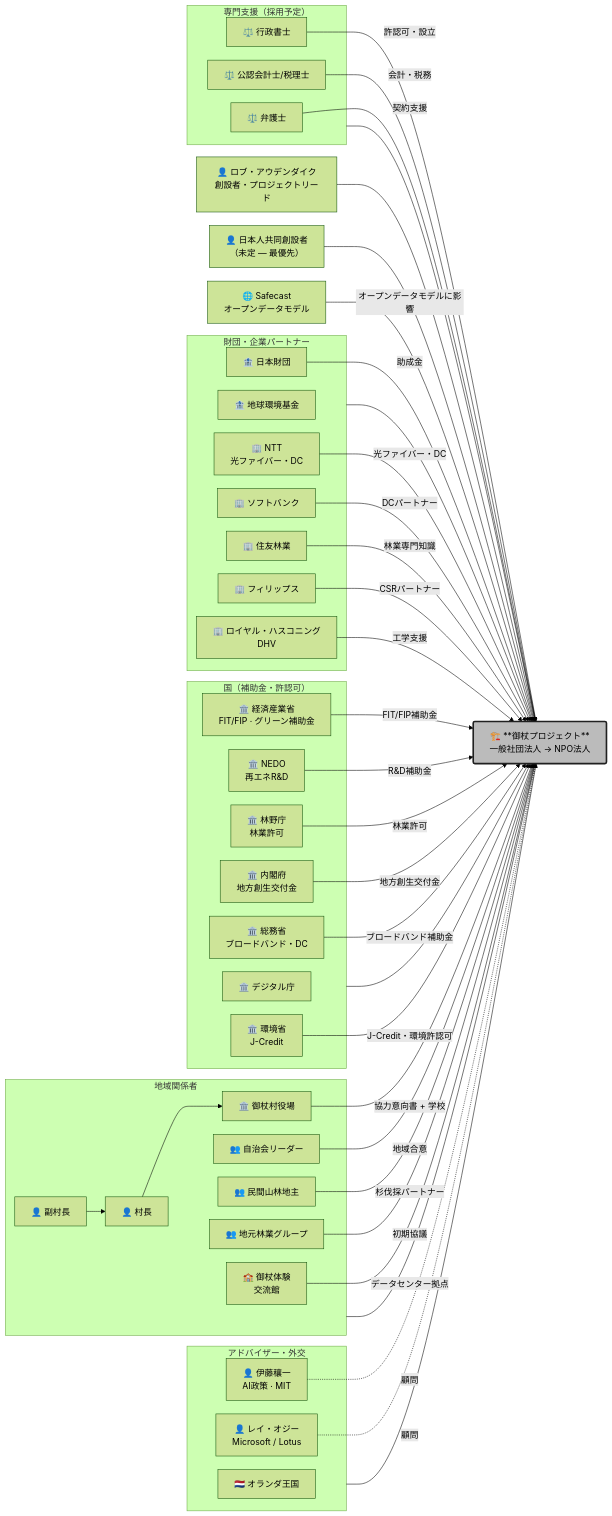
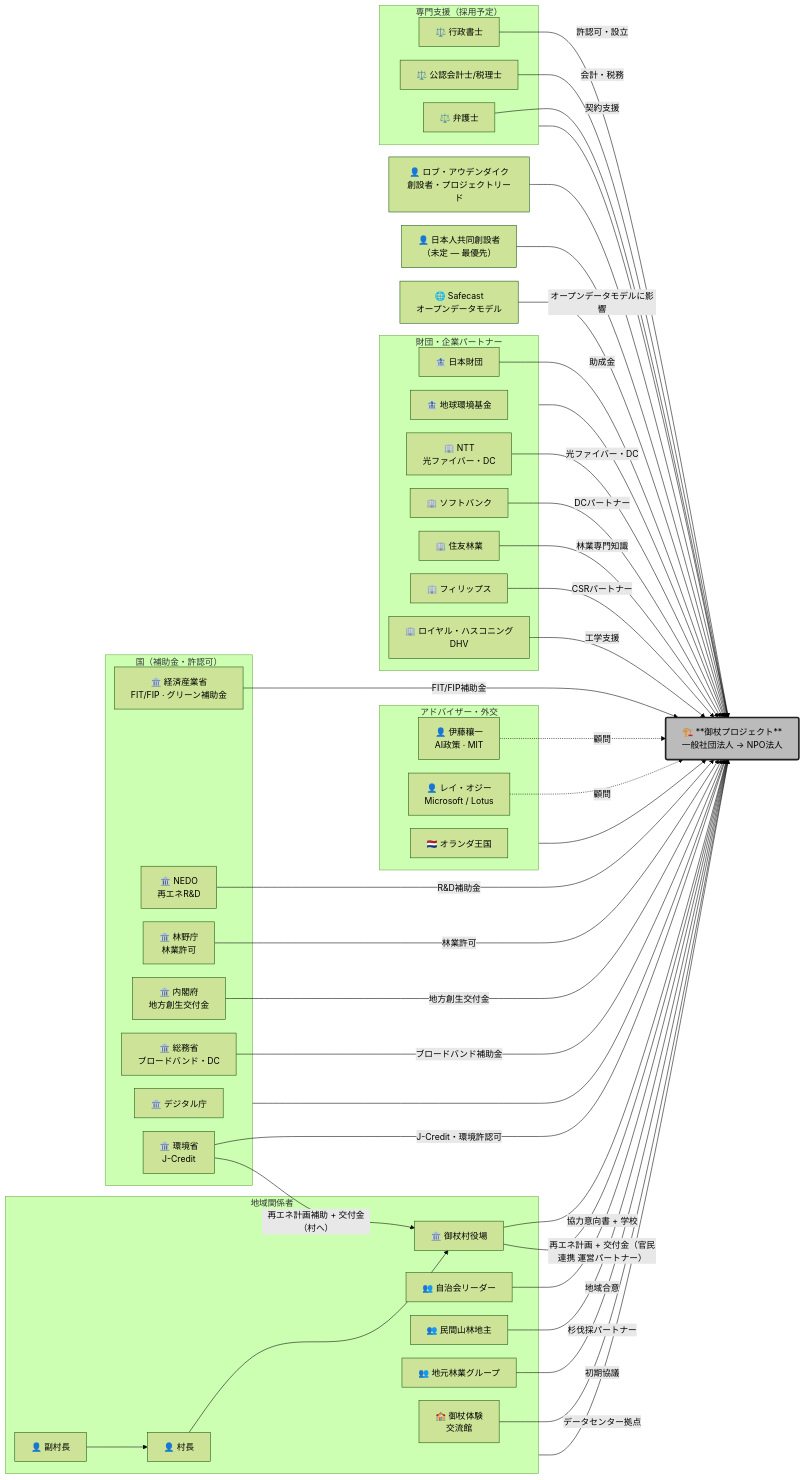
Before and after one commit to robouden/mitsue-ai-data-center: the diagram in mitsue_stakeholders_jp.md, drawn with Mermaid (forest theme). The commit also changed other lines of this file and 65 other files, not shown here.

First line of the commit message:
docs: align all artifacts with village RE plan + 交付金 funding route

```diff
--- a/mitsue_stakeholders_jp.md
+++ b/mitsue_stakeholders_jp.md
@@ -177,6 +177,7 @@
     JOI -.->|"顧問"| PROJ
     RAY -.->|"顧問"| PROJ
     VILLAGE -->|"協力意向書 + 学校"| PROJ
+    VILLAGE -->|"再エネ計画 + 交付金（官民連携 運営パートナー）"| PROJ
     MAYOR --> VILLAGE
     VMAYOR --> MAYOR
     JICHIKAI -->|"地域合意"| PROJ
@@ -190,6 +191,7 @@
     CABINET -->|"地方創生交付金"| PROJ
     MIC -->|"ブロードバンド補助金"| PROJ
     ENV -->|"J-Credit・環境許認可"| PROJ
+    ENV -->|"再エネ計画補助 + 交付金（村へ）"| VILLAGE
 
     NIPPON -->|"助成金"| PROJ
     NTT -->|"光ファイバー・DC"| PROJ
```
